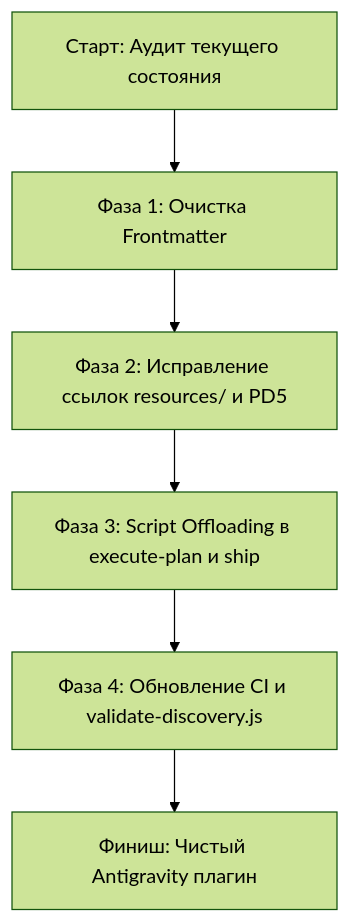
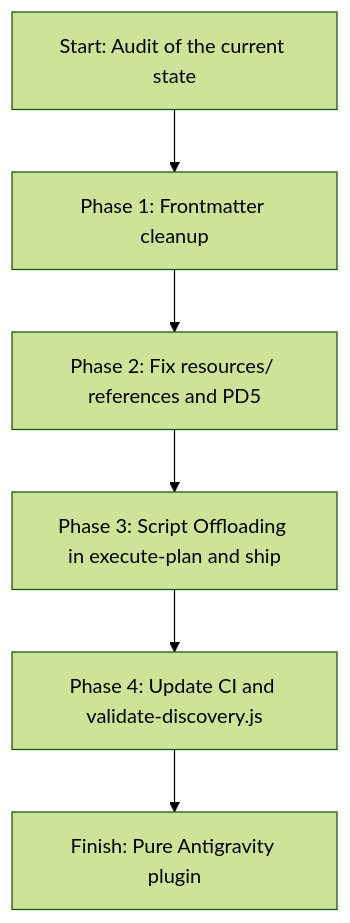
The diagram in docs/antigravity-skills-migration-analysis.md (dnichyparuk/lift-sdlc), drawn with Mermaid (forest theme) before and after one commit. The commit also changed other lines of this file and 2 other files, not shown here.

````diff
--- a/docs/antigravity-skills-migration-analysis.md
+++ b/docs/antigravity-skills-migration-analysis.md
@@ -142,8 +142,8 @@
 ```mermaid
 flowchart TD
-    A[Старт: Аудит текущего состояния] --> B[Фаза 1: Очистка Frontmatter]
-    B --> C[Фаза 2: Исправление ссылок resources/ и PD5]
-    C --> D[Фаза 3: Script Offloading в execute-plan и ship]
-    D --> E[Фаза 4: Обновление CI и validate-discovery.js]
-    E --> F[Финиш: Чистый Antigravity плагин]
+    A[Start: Audit of the current state] --> B[Phase 1: Frontmatter cleanup]
+    B --> C[Phase 2: Fix resources/ references and PD5]
+    C --> D[Phase 3: Script Offloading in execute-plan and ship]
+    D --> E[Phase 4: Update CI and validate-discovery.js]
+    E --> F[Finish: Pure Antigravity plugin]
 ```
````
